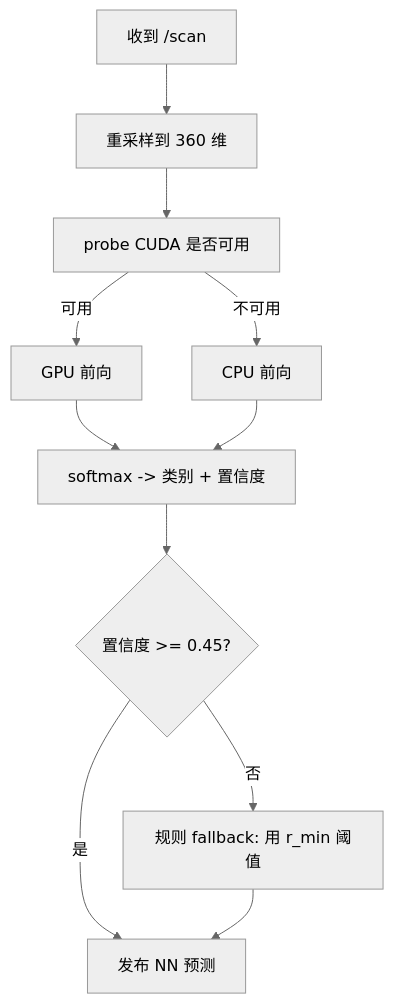
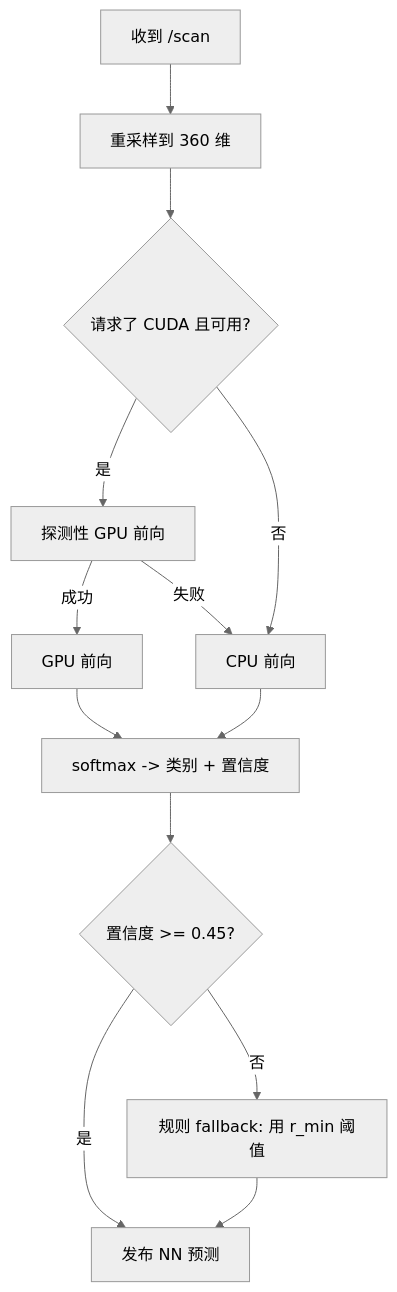
Before and after one commit to OpenHUTB/ros2: the fourth of 4 diagrams in docs/chapter/chap5/lidar_obstacle_nn.md, drawn with Mermaid (neutral theme). The commit also changed other lines of this file and 9 other files, not shown here.

````diff
--- a/docs/chapter/chap5/lidar_obstacle_nn.md
+++ b/docs/chapter/chap5/lidar_obstacle_nn.md
@@ -137,13 +150,15 @@
 ```mermaid
 flowchart TD
     A[收到 /scan] --> B[重采样到 360 维]
-    B --> C[probe CUDA 是否可用]
-    C -->|可用| D[GPU 前向]
-    C -->|不可用| E[CPU 前向]
-    D --> F[softmax -> 类别 + 置信度]
-    E --> F
-    F --> G{置信度 >= 0.45?}
-    G -->|是| H[发布 NN 预测]
-    G -->|否| I[规则 fallback: 用 r_min 阈值]
-    I --> H
+    B --> C{请求了 CUDA 且可用?}
+    C -->|是| D[探测性 GPU 前向]
+    C -->|否| E[CPU 前向]
+    D -->|成功| F[GPU 前向]
+    D -->|失败| E
+    F --> G[softmax -> 类别 + 置信度]
+    E --> G
+    G --> H{置信度 >= 0.45?}
+    H -->|是| I[发布 NN 预测]
+    H -->|否| J[规则 fallback: 用 r_min 阈值]
+    J --> I
 ```
````
